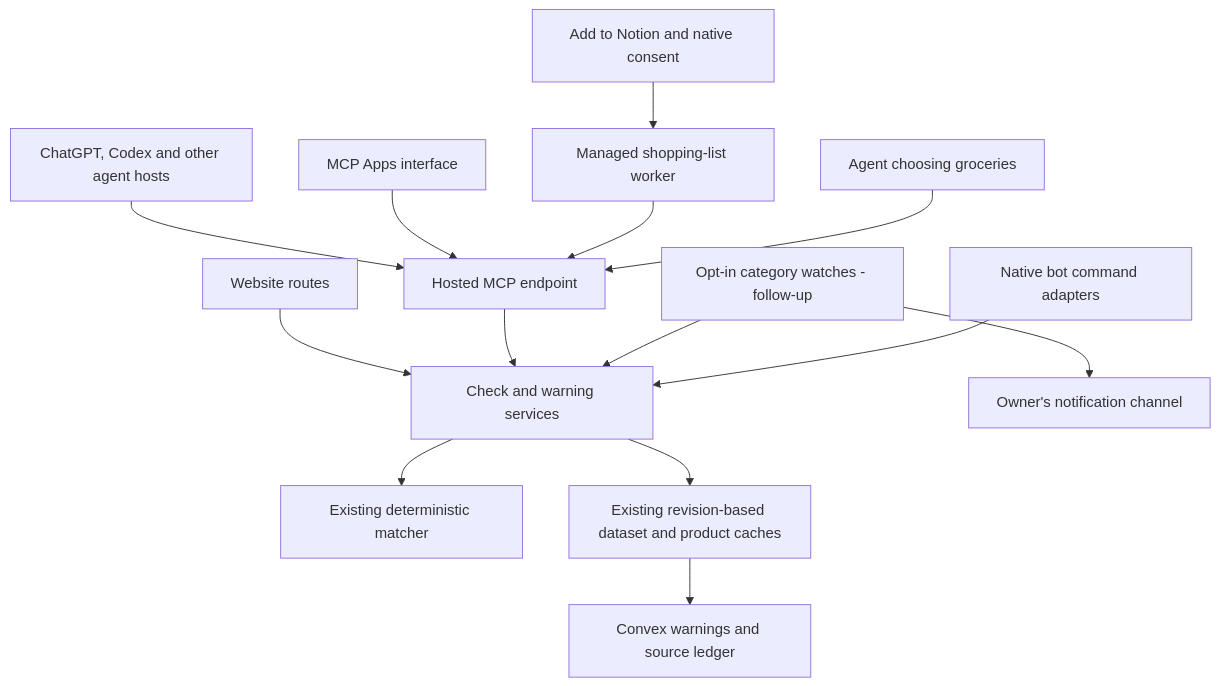
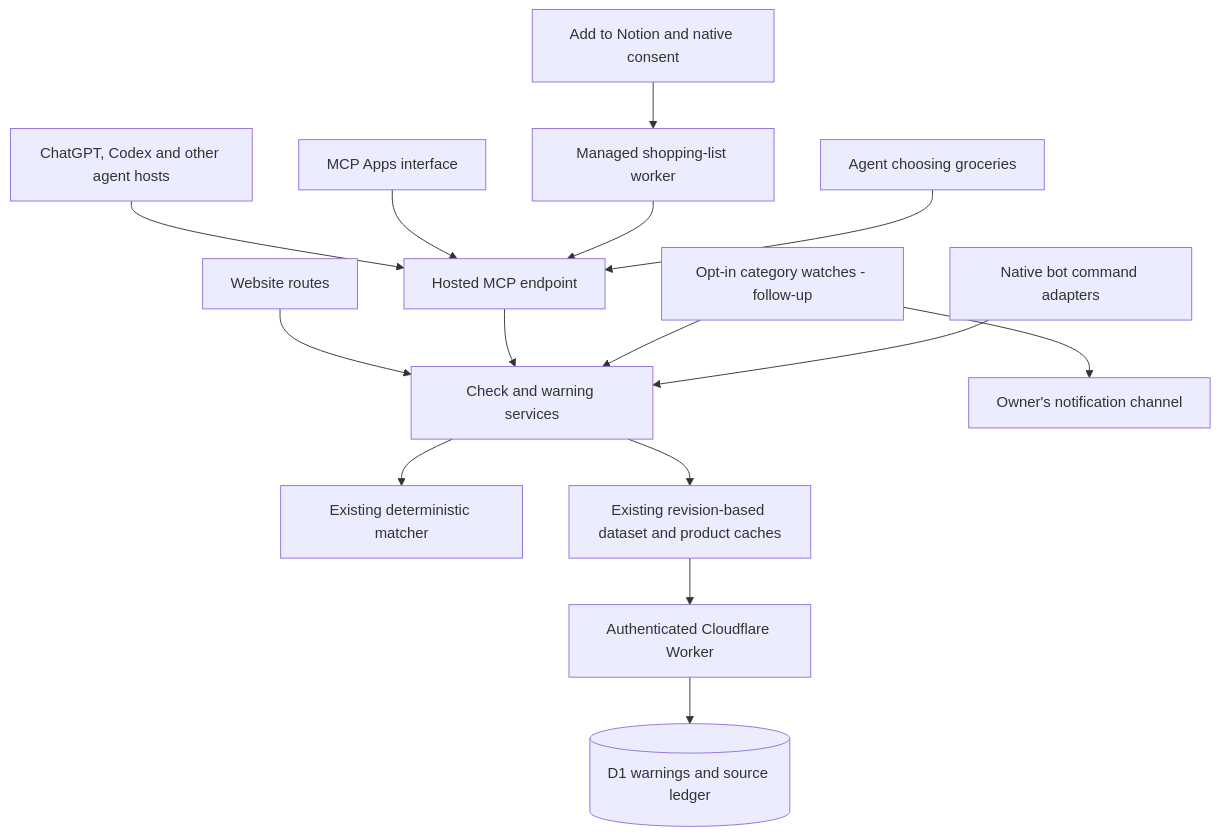
One commit to anthonyhumphreys/eat-or-yeet changed the diagram in docs/plugin-integration-plan.md. Above: the diagram before and after it, drawn with Mermaid. The commit also changed other lines of this file and 79 other files, not shown here.

````diff
--- a/docs/plugin-integration-plan.md
+++ b/docs/plugin-integration-plan.md
@@ -45,16 +47,17 @@
 ```mermaid
 flowchart TD
     Website[Website routes] --> Services[Check and warning services]
     Agents[ChatGPT, Codex and other agent hosts] --> MCP[Hosted MCP endpoint]
     MCP --> Services
     ChatUI[MCP Apps interface] --> MCP
     Install[Add to Notion and native consent] --> Notion[Managed shopping-list worker]
     Notion --> MCP
     Shopping[Agent choosing groceries] --> MCP
     Watches[Opt-in category watches - follow-up] --> Services
     Watches --> Alerts[Owner's notification channel]
     Bots[Native bot command adapters] --> Services
     Services --> Matcher[Existing deterministic matcher]
     Services --> Cache[Existing revision-based dataset and product caches]
-    Cache --> Convex[Convex warnings and source ledger]
+    Cache --> Worker[Authenticated Cloudflare Worker]
+    Worker --> D1[(D1 warnings and source ledger)]
 ```
````
